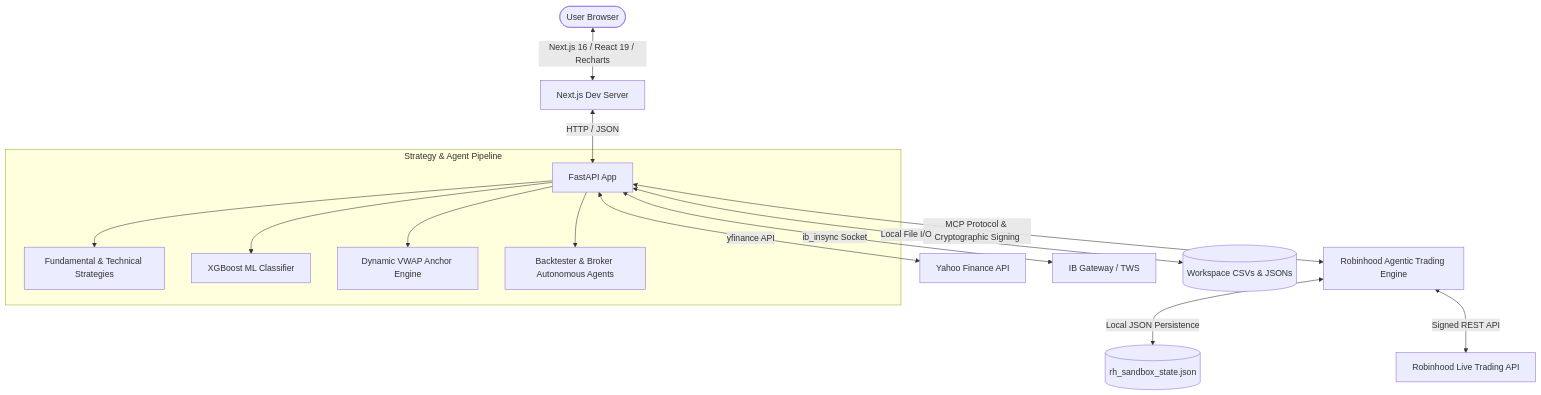
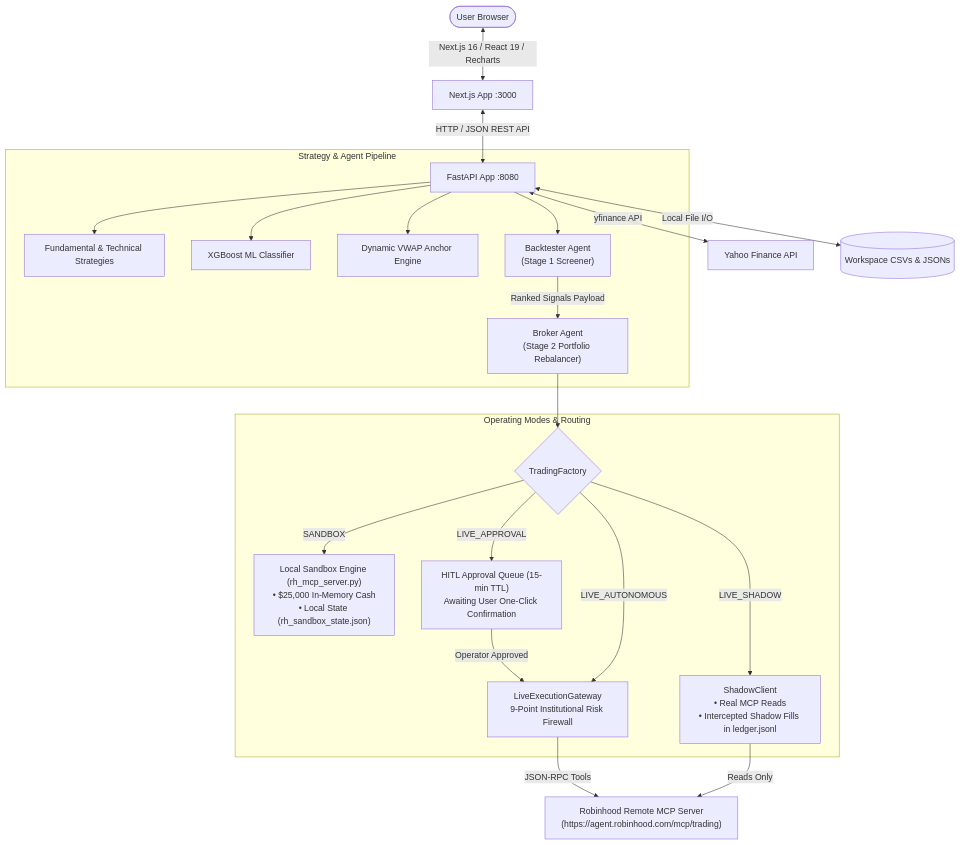
Before and after one commit to sss-modernkris/StockPickerStrategies: the first of 2 diagrams in docs/Documentation.md, drawn with Mermaid. The commit also changed other lines of this file and 42 other files, not shown here.

First line of the commit message:
feat(trading): release v20261026 - institutional Robinhood live trading architecture and risk firewall

````diff
--- a/docs/Documentation.md
+++ b/docs/Documentation.md
@@ -64,18 +68,28 @@
 ```mermaid
 graph TD
-    User([User Browser]) <--> |Next.js 16 / React 19 / Recharts| Frontend[Next.js Dev Server]
-    Frontend <--> |HTTP / JSON| Backend[FastAPI App]
+    User([User Browser]) <--> |Next.js 16 / React 19 / Recharts| Frontend[Next.js App :3000]
+    Frontend <--> |HTTP / JSON REST API| Backend[FastAPI App :8080]
     Backend <--> |yfinance API| Yahoo[Yahoo Finance API]
-    Backend <--> |ib_insync Socket| IBGate[IB Gateway / TWS]
-    Backend <--> |MCP Protocol & Cryptographic Signing| RHEngine[Robinhood Agentic Trading Engine]
-    RHEngine <--> |Local JSON Persistence| RHSandbox[(rh_sandbox_state.json)]
-    RHEngine <--> |Signed REST API| RHLive[Robinhood Live Trading API]
     Backend <--> |Local File I/O| CSV[(Workspace CSVs & JSONs)]
     
     subgraph Strategy & Agent Pipeline
         Backend --> FT[Fundamental & Technical Strategies]
         Backend --> ML[XGBoost ML Classifier]
         Backend --> Willy[Dynamic VWAP Anchor Engine]
-        Backend --> Agents[Backtester & Broker Autonomous Agents]
+        Backend --> BTAgent["Backtester Agent<br/>(Stage 1 Screener)"]
+        BTAgent -->|Ranked Signals Payload| BRAgent["Broker Agent<br/>(Stage 2 Portfolio Rebalancer)"]
     end
+
+    BRAgent --> Factory{TradingFactory}
+
+    subgraph Operating Modes & Routing
+        Factory -->|SANDBOX| Sandbox["Local Sandbox Engine (rh_mcp_server.py)<br/>• $25,000 In-Memory Cash<br/>• Local State (rh_sandbox_state.json)"]
+        Factory -->|LIVE_SHADOW| Shadow["ShadowClient<br/>• Real MCP Reads<br/>• Intercepted Shadow Fills in ledger.jsonl"]
+        Factory -->|LIVE_APPROVAL| HITL["HITL Approval Queue (15-min TTL)<br/>Awaiting User One-Click Confirmation"]
+        HITL -->|Operator Approved| Firewall
+        Factory -->|LIVE_AUTONOMOUS| Firewall["LiveExecutionGateway<br/>9-Point Institutional Risk Firewall"]
+    end
+
+    Firewall -->|JSON-RPC Tools| RHMCP["Robinhood Remote MCP Server<br/>(https://agent.robinhood.com/mcp/trading)"]
+    Shadow -->|Reads Only| RHMCP
 ```
````
